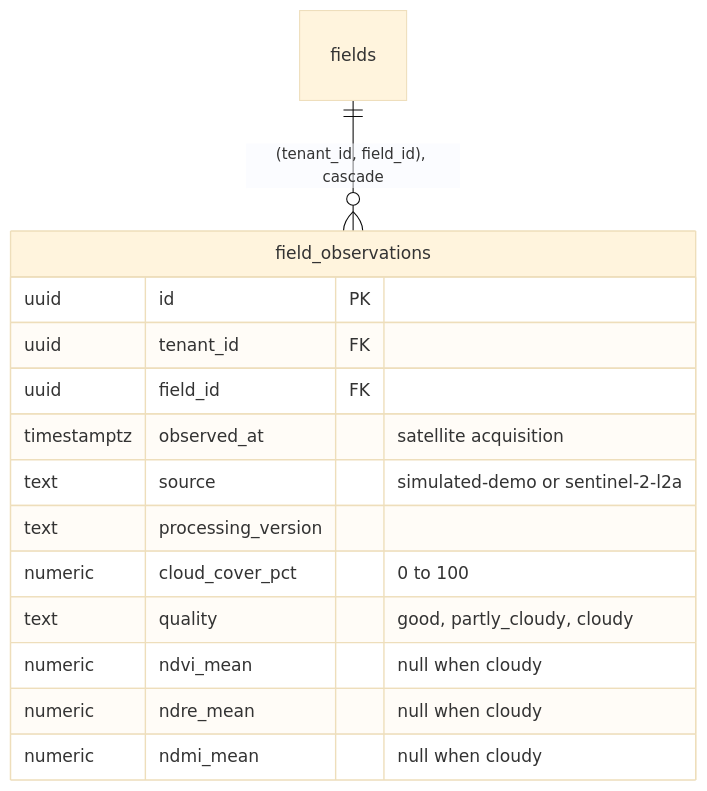
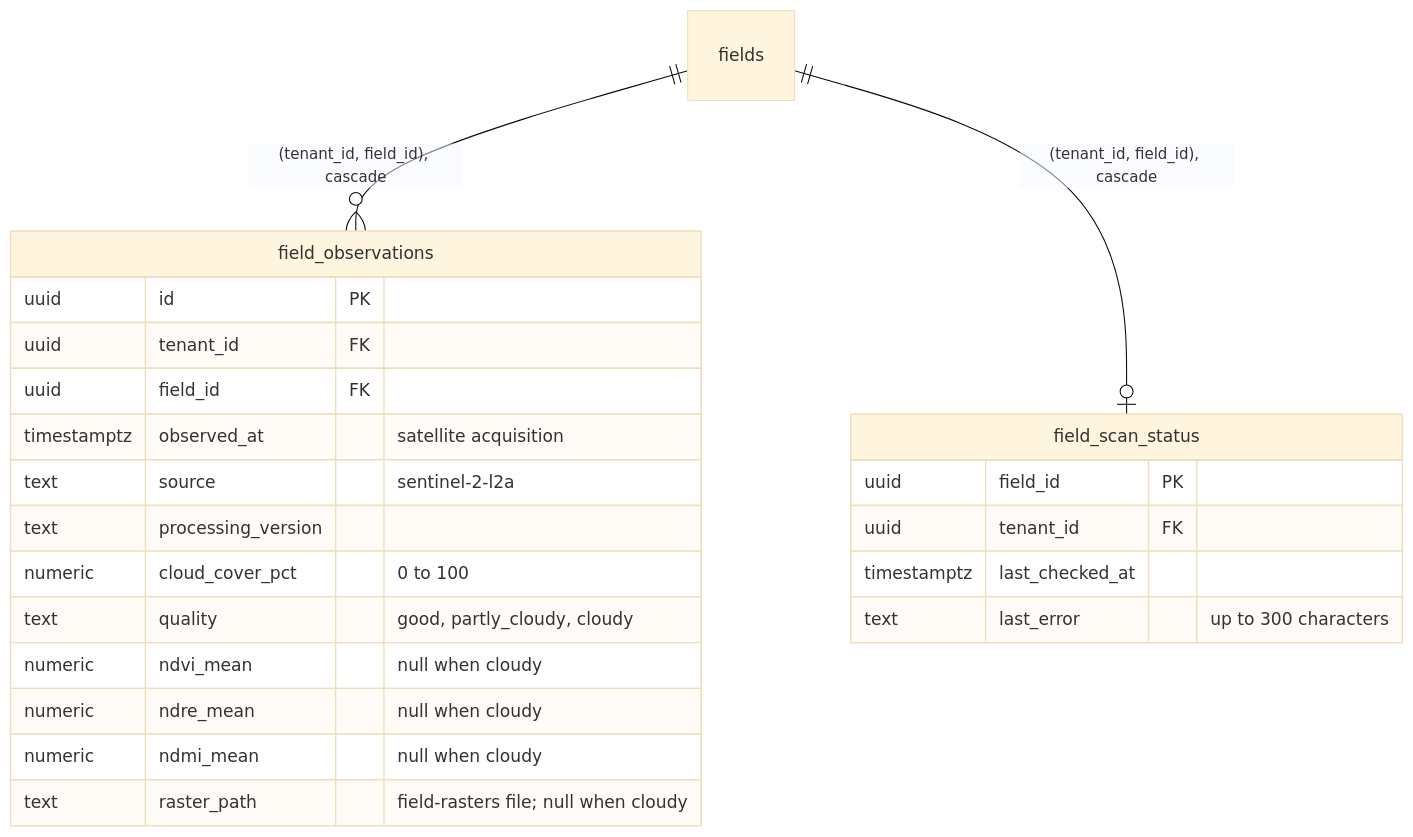
Before and after one commit to Aniket-89/Agri-Asaan: the fourth of 6 diagrams in docs/data-model.md, drawn with Mermaid (base theme). The commit also changed other lines of this file and 46 other files, not shown here.

````diff
--- a/docs/data-model.md
+++ b/docs/data-model.md
@@ -237,18 +237,26 @@
 ```mermaid
 erDiagram
   fields ||--o{ field_observations : "(tenant_id, field_id), cascade"
+  fields ||--o| field_scan_status : "(tenant_id, field_id), cascade"
 
   field_observations {
     uuid id PK
     uuid tenant_id FK
     uuid field_id FK
     timestamptz observed_at "satellite acquisition"
-    text source "simulated-demo or sentinel-2-l2a"
+    text source "sentinel-2-l2a"
     text processing_version
     numeric cloud_cover_pct "0 to 100"
     text quality "good, partly_cloudy, cloudy"
     numeric ndvi_mean "null when cloudy"
     numeric ndre_mean "null when cloudy"
     numeric ndmi_mean "null when cloudy"
+    text raster_path "field-rasters file; null when cloudy"
+  }
+  field_scan_status {
+    uuid field_id PK
+    uuid tenant_id FK
+    timestamptz last_checked_at
+    text last_error "up to 300 characters"
   }
 ```
````
